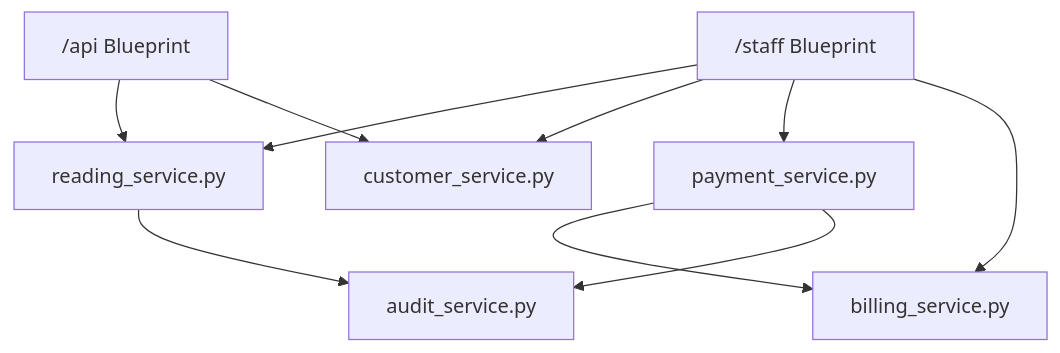
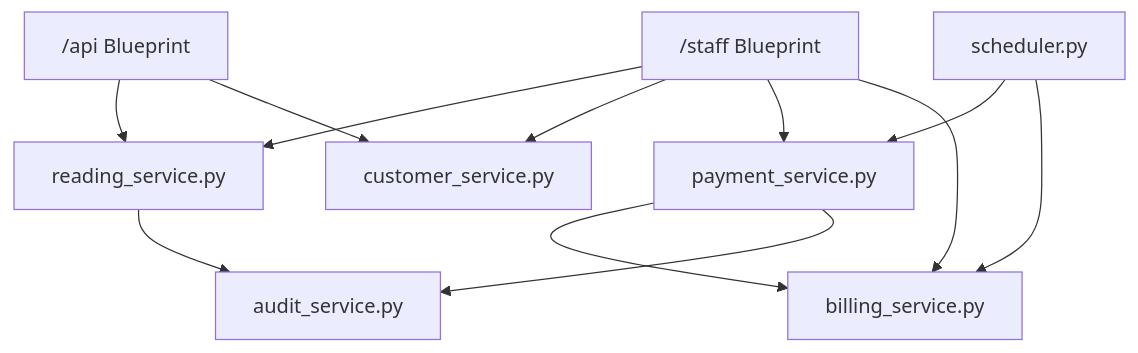
The diagram in documentations/docs/bill-server/services.md (NovaProtocol/WaterBillingSystem), drawn with Mermaid before and after one commit. The commit also changed other lines of this file and 17 other files, not shown here.

````diff
--- a/documentations/docs/bill-server/services.md
+++ b/documentations/docs/bill-server/services.md
@@ -7,14 +7,17 @@
 ```mermaid
 graph TB
     API["/api Blueprint"] --> READING["reading_service.py"]
     API --> CUSTOMER["customer_service.py"]
 
     STAFF["/staff Blueprint"] --> READING
     STAFF --> CUSTOMER
     STAFF --> PAYMENT["payment_service.py"]
     STAFF --> BILLING["billing_service.py"]
 
     PAYMENT --> BILLING
     PAYMENT --> AUDIT["audit_service.py"]
     READING --> AUDIT
+
+    SCHED["scheduler.py"] --> PAYMENT
+    SCHED --> BILLING
 ```
````
